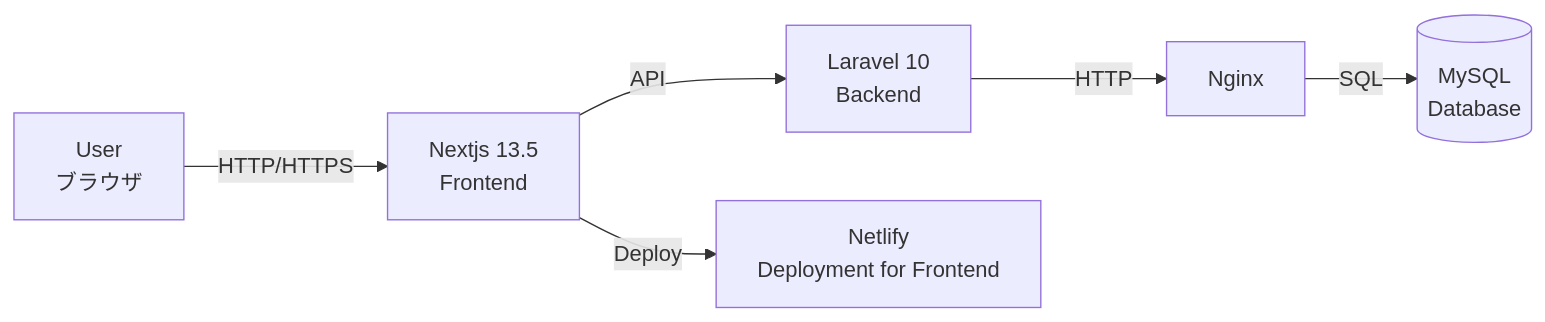
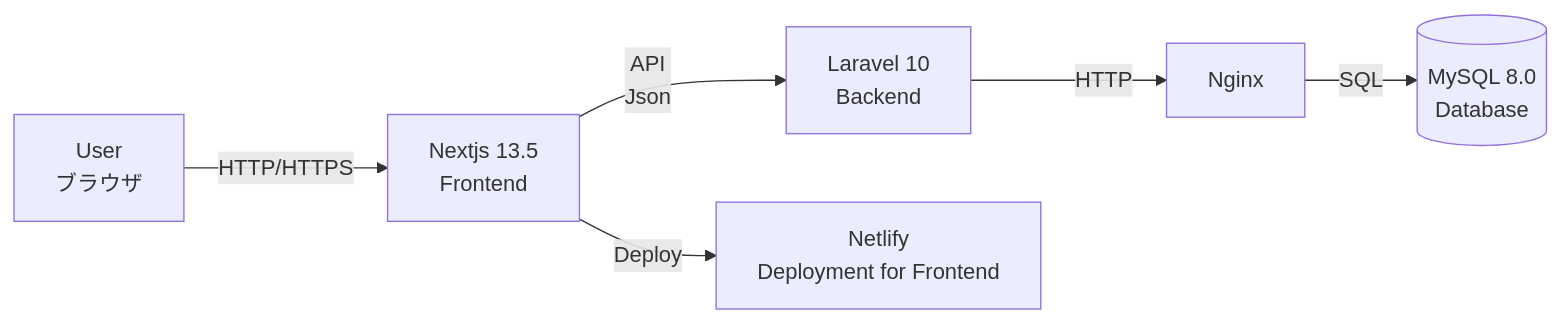
The sixth of 6 diagrams in documents/design.md (YNSTakeru/Iruka-Code), drawn with Mermaid before and after one commit.

Commit message:
システム構成図を更新

````diff
--- a/documents/design.md
+++ b/documents/design.md
@@ -328,9 +328,9 @@
 ```mermaid
 graph LR
     A[User\nブラウザ] -- HTTP/HTTPS --> B[Nextjs 13.5\nFrontend]
-    B -- API --> C[Laravel 10\nBackend]
+    B -- API\nJson --> C[Laravel 10\nBackend]
     C -- HTTP --> D[Nginx]
-    D -- SQL --> E[(MySQL\nDatabase)]
+    D -- SQL --> E[(MySQL 8.0 \nDatabase)]
     G[Netlify\nDeployment for Frontend]
     B --Deploy --> G
 ```
````
